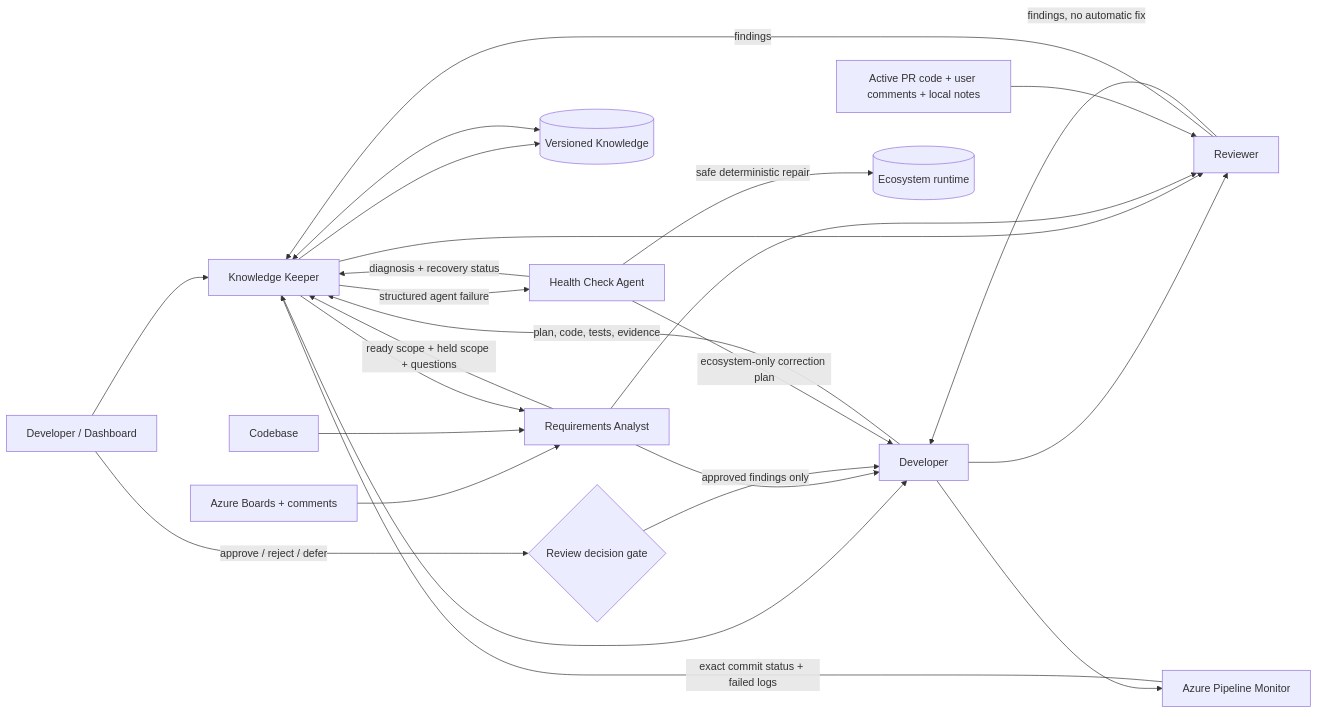
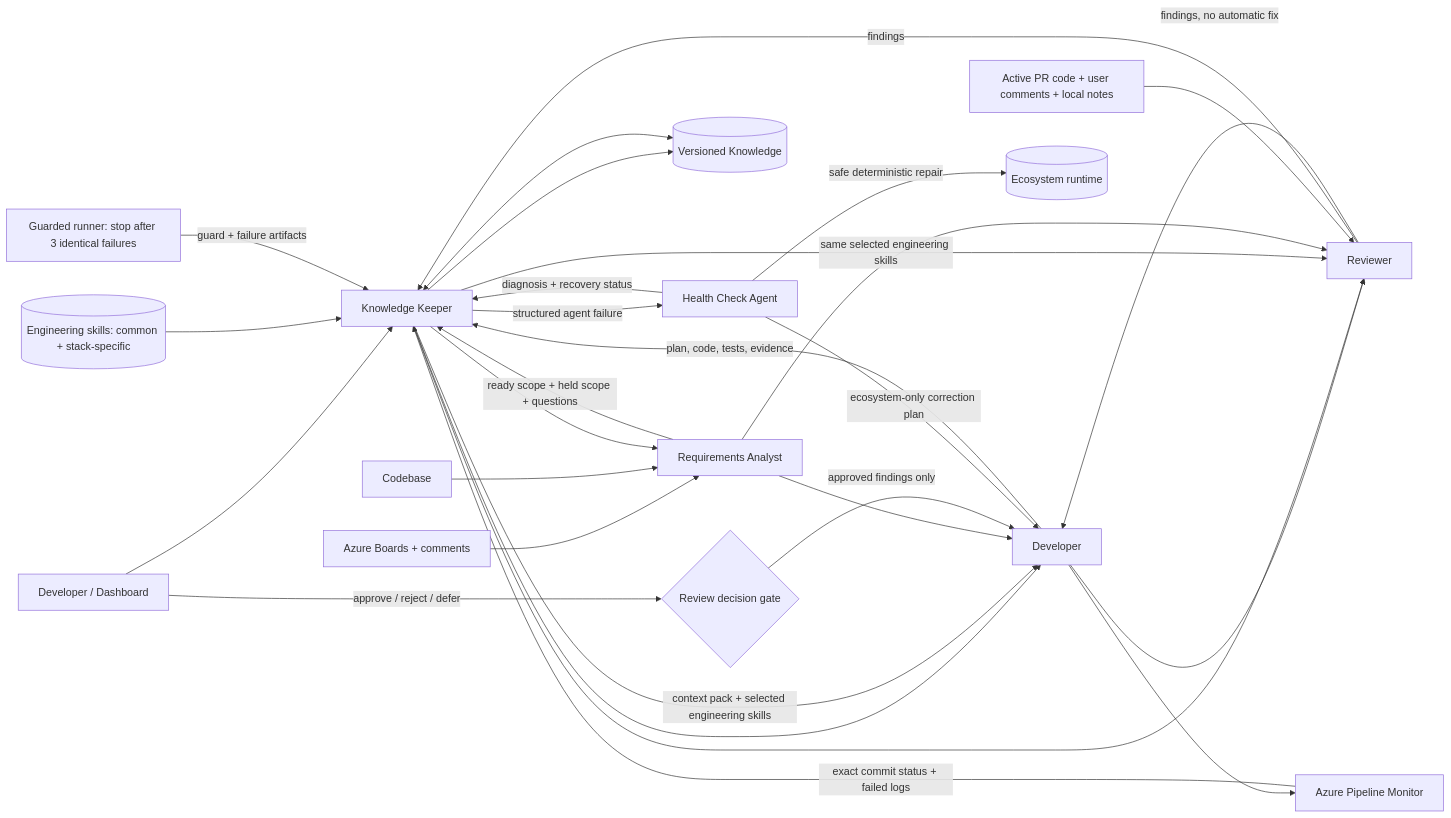
The first of 2 diagrams in docs/architecture.md (GINomad/development-agent-ecosystem), drawn with Mermaid before and after one commit. The commit also changed other lines of this file and 27 other files, not shown here.

Commit message:
feat: guard agent runs and add engineering guidance

````diff
--- a/docs/architecture.md
+++ b/docs/architecture.md
@@ -50,27 +51,31 @@
 ```mermaid
 flowchart LR
     U[Developer / Dashboard] --> K[Knowledge Keeper]
     A[Azure Boards + comments] --> RA[Requirements Analyst]
     C[Codebase] --> RA
     KB[(Versioned Knowledge)] <--> K
+    S[(Engineering skills: common + stack-specific)] --> K
     K --> RA
     RA -->|ready scope + held scope + questions| K
     K --> D[Developer]
+    K -->|context pack + selected engineering skills| D
     RA --> D
     D -->|plan, code, tests, evidence| K
     D --> R[Reviewer]
     K --> R
+    K -->|same selected engineering skills| R
     RA --> R
     PR[Active PR code + user comments + local notes] --> R
     R -->|findings| K
     R -->|findings, no automatic fix| D
     U -->|approve / reject / defer| G{Review decision gate}
     G -->|approved findings only| D
     D --> P[Azure Pipeline Monitor]
     P -->|exact commit status + failed logs| K
     K -->|structured agent failure| H[Health Check Agent]
+    X[Guarded runner: stop after 3 identical failures] -->|guard + failure artifacts| K
     H -->|diagnosis + recovery status| K
     H -->|ecosystem-only correction plan| D
     H -->|safe deterministic repair| ES[(Ecosystem runtime)]
     K --> KB
 ```
````
